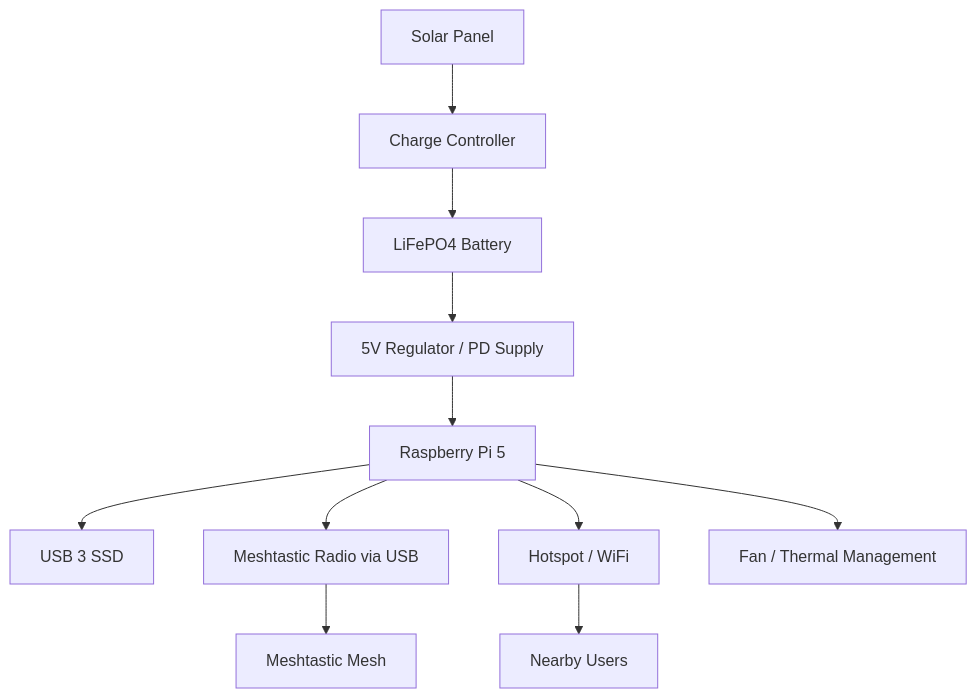
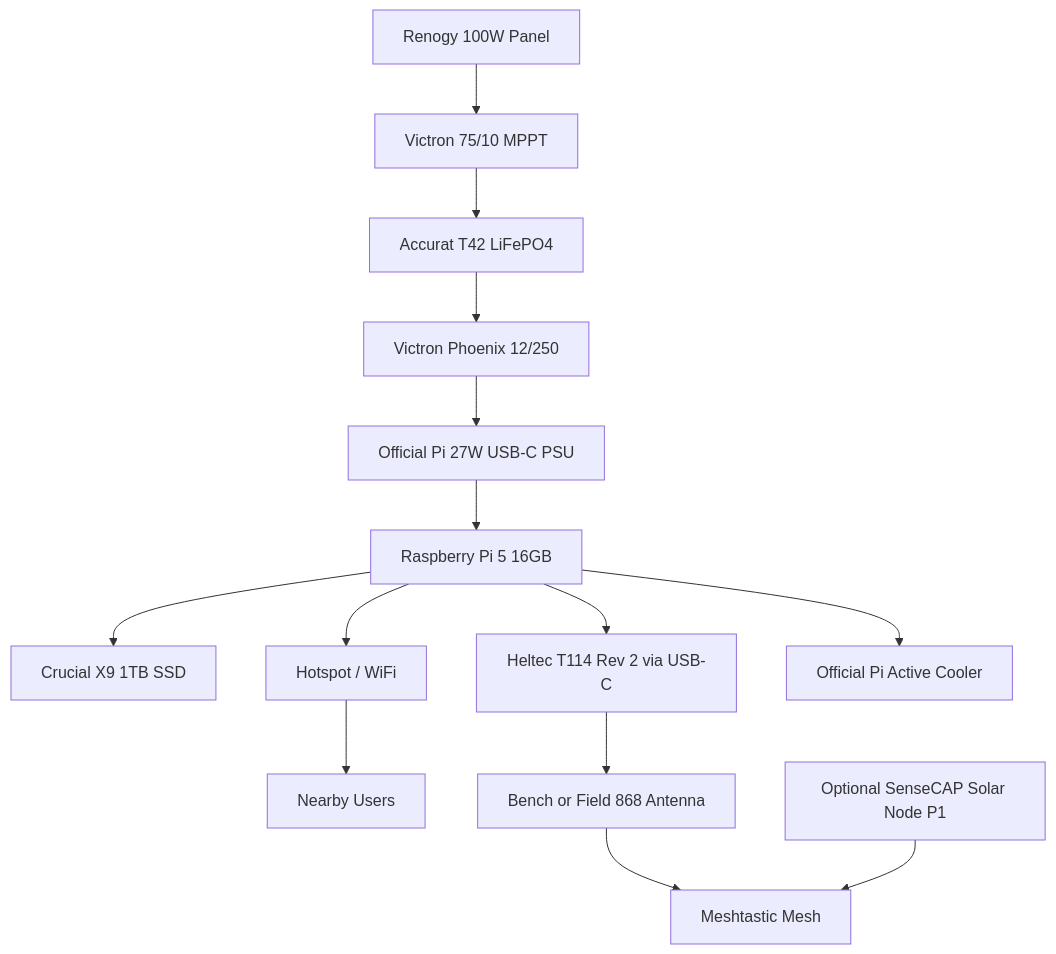
One commit to SebastianMalara/delphi-42 changed the diagram in docs/hardware/node_topology.md. Above: the diagram before and after it, drawn with Mermaid. The commit also changed other lines of this file and 6 other files, not shown here.

````diff
--- a/docs/hardware/node_topology.md
+++ b/docs/hardware/node_topology.md
@@ -15,13 +15,16 @@
 ```mermaid
 flowchart TD
-  Solar["Solar Panel"] --> Charge["Charge Controller"]
-  Charge --> Battery["LiFePO4 Battery"]
-  Battery --> Regulator["5V Regulator / PD Supply"]
-  Regulator --> Pi["Raspberry Pi 5"]
-  Pi --> SSD["USB 3 SSD"]
-  Pi --> Radio["Meshtastic Radio via USB"]
+  Solar["Renogy 100W Panel"] --> Charge["Victron 75/10 MPPT"]
+  Charge --> Battery["Accurat T42 LiFePO4"]
+  Battery --> Inverter["Victron Phoenix 12/250"]
+  Inverter --> PSU["Official Pi 27W USB-C PSU"]
+  PSU --> Pi["Raspberry Pi 5 16GB"]
+  Pi --> SSD["Crucial X9 1TB SSD"]
+  Pi --> Radio["Heltec T114 Rev 2 via USB-C"]
   Pi --> WiFi["Hotspot / WiFi"]
-  Pi --> Cooling["Fan / Thermal Management"]
+  Pi --> Cooling["Official Pi Active Cooler"]
   WiFi --> Users["Nearby Users"]
-  Radio --> Mesh["Meshtastic Mesh"]
+  Radio --> BenchAntenna["Bench or Field 868 Antenna"]
+  BenchAntenna --> Mesh["Meshtastic Mesh"]
+  SenseCAP["Optional SenseCAP Solar Node P1"] --> Mesh
 ```
````
